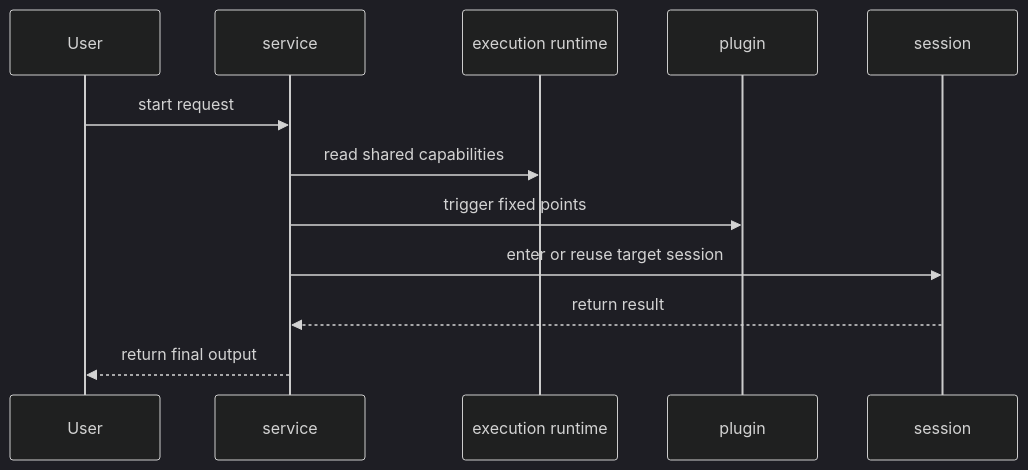
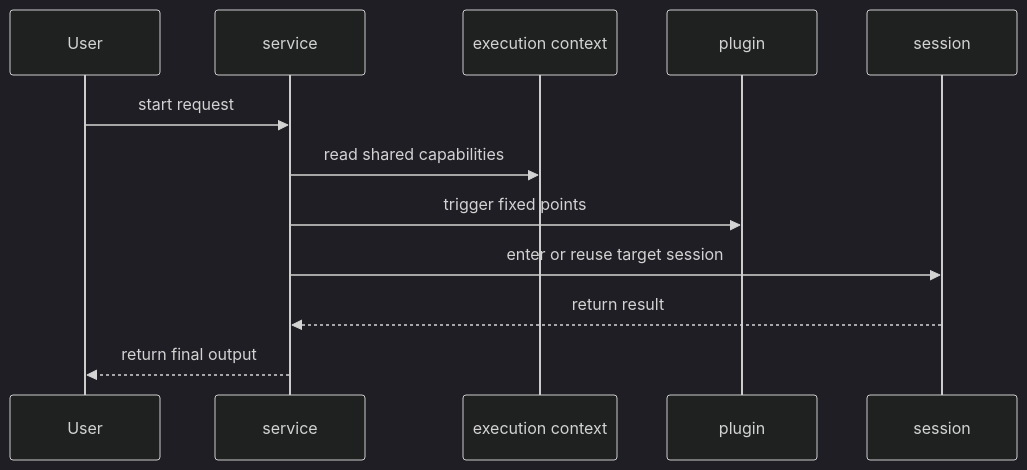
Before and after one commit to wangenius/downcity: the second of 2 diagrams in homepage/content/docs/en/concepts/service-runtime.mdx, drawn with Mermaid (dark theme). The commit also changed other lines of this file and 96 other files, not shown here.

````diff
--- a/homepage/content/docs/en/concepts/service-runtime.mdx
+++ b/homepage/content/docs/en/concepts/service-runtime.mdx
@@ -109,15 +109,15 @@
 ```mermaid
 sequenceDiagram
   participant User as User
   participant Service as service
-  participant Runtime as execution runtime
+  participant Context as execution context
   participant Plugin as plugin
   participant Session as session
 
   User->>Service: start request
-  Service->>Runtime: read shared capabilities
+  Service->>Context: read shared capabilities
   Service->>Plugin: trigger fixed points
   Service->>Session: enter or reuse target session
   Session-->>Service: return result
   Service-->>User: return final output
 ```
````
